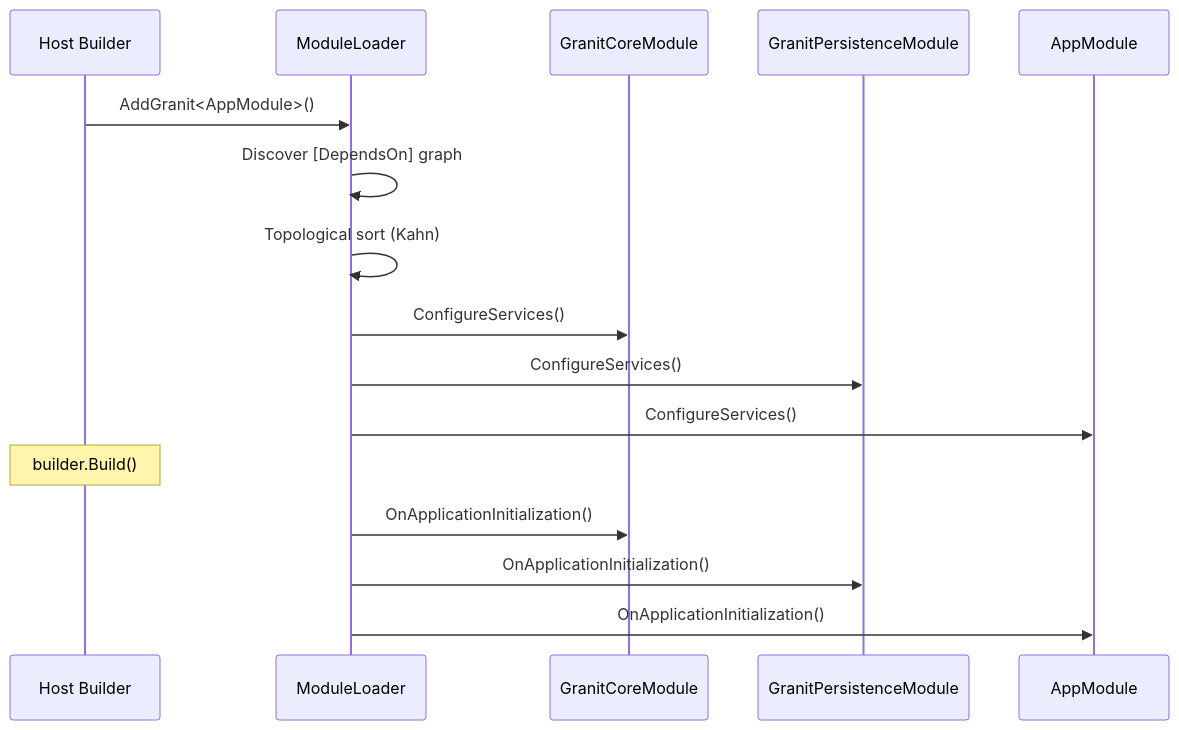
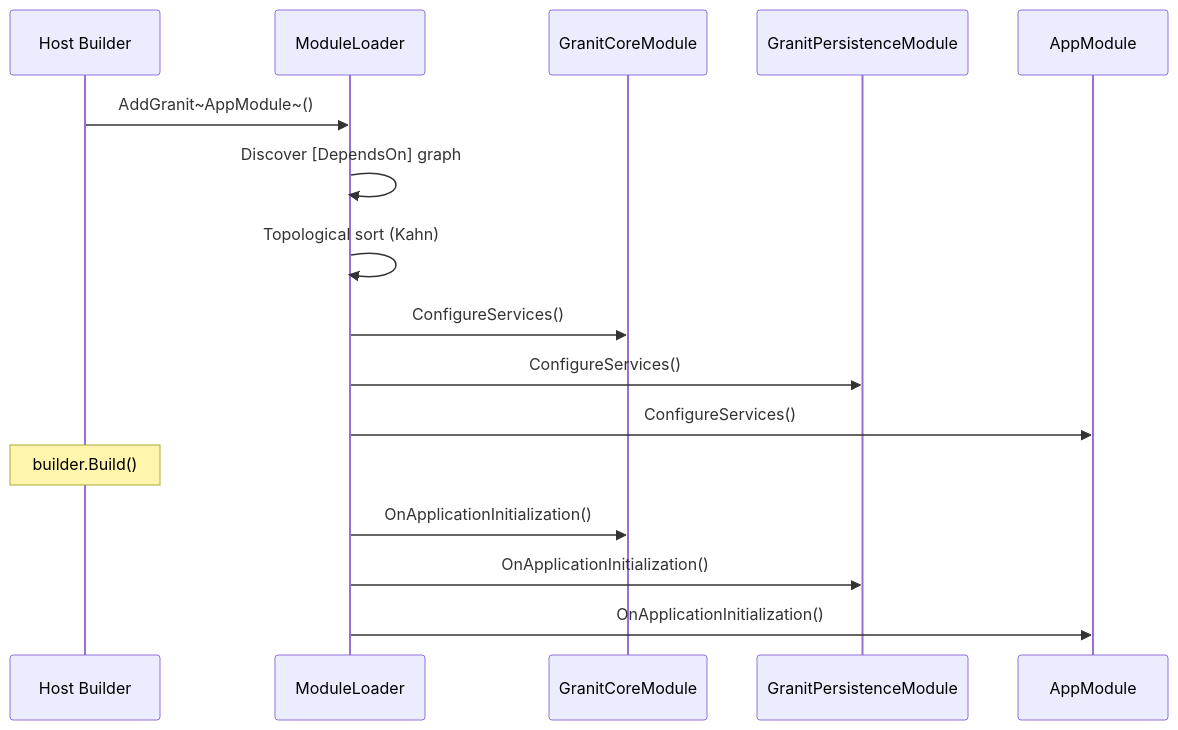
The diagram in docs-site/src/content/docs/reference/modules/core.mdx (enraiz/granit-dotnet), drawn with Mermaid before and after one commit. The commit also changed 7 other files, not shown here.

First line of the commit message:
fix(docs): escape angle brackets and HTML tags in Mermaid diagrams

````diff
--- a/docs-site/src/content/docs/reference/modules/core.mdx
+++ b/docs-site/src/content/docs/reference/modules/core.mdx
@@ -102,19 +102,19 @@
 ```mermaid
 sequenceDiagram
     participant Host as Host Builder
     participant ML as ModuleLoader
     participant M1 as GranitCoreModule
     participant M2 as GranitPersistenceModule
     participant M3 as AppModule
 
-    Host->>ML: AddGranit<AppModule>()
+    Host->>ML: AddGranit~AppModule~()
     ML->>ML: Discover [DependsOn] graph
     ML->>ML: Topological sort (Kahn)
     ML->>M1: ConfigureServices()
     ML->>M2: ConfigureServices()
     ML->>M3: ConfigureServices()
     Note over Host: builder.Build()
     ML->>M1: OnApplicationInitialization()
     ML->>M2: OnApplicationInitialization()
     ML->>M3: OnApplicationInitialization()
 ```
````
